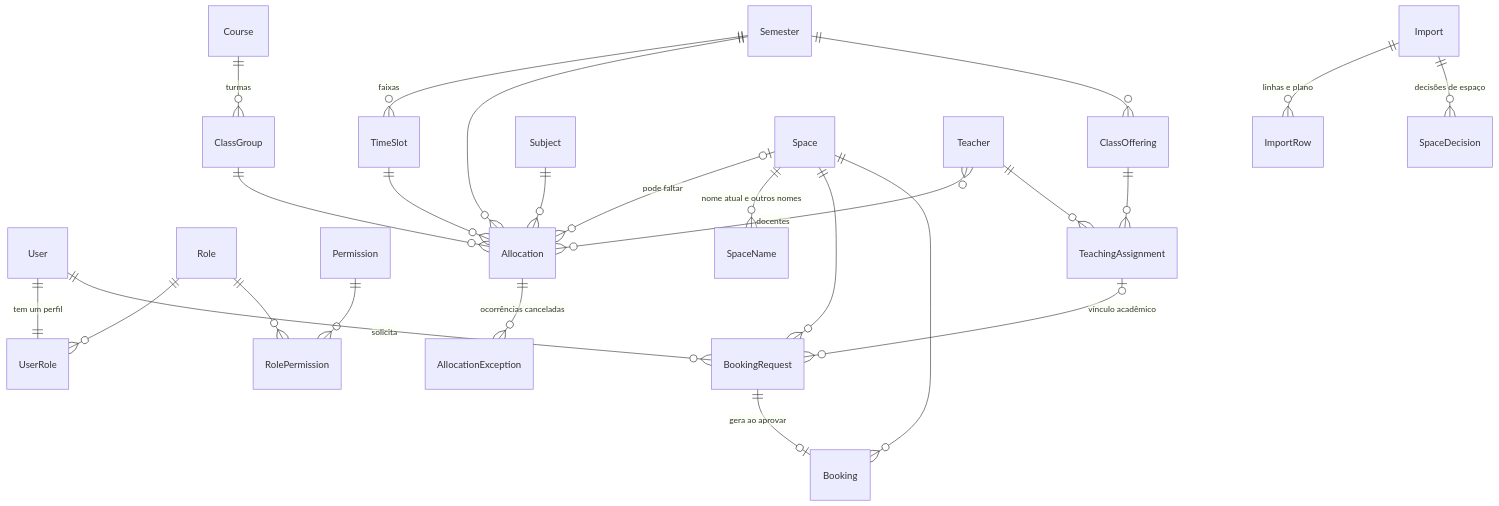
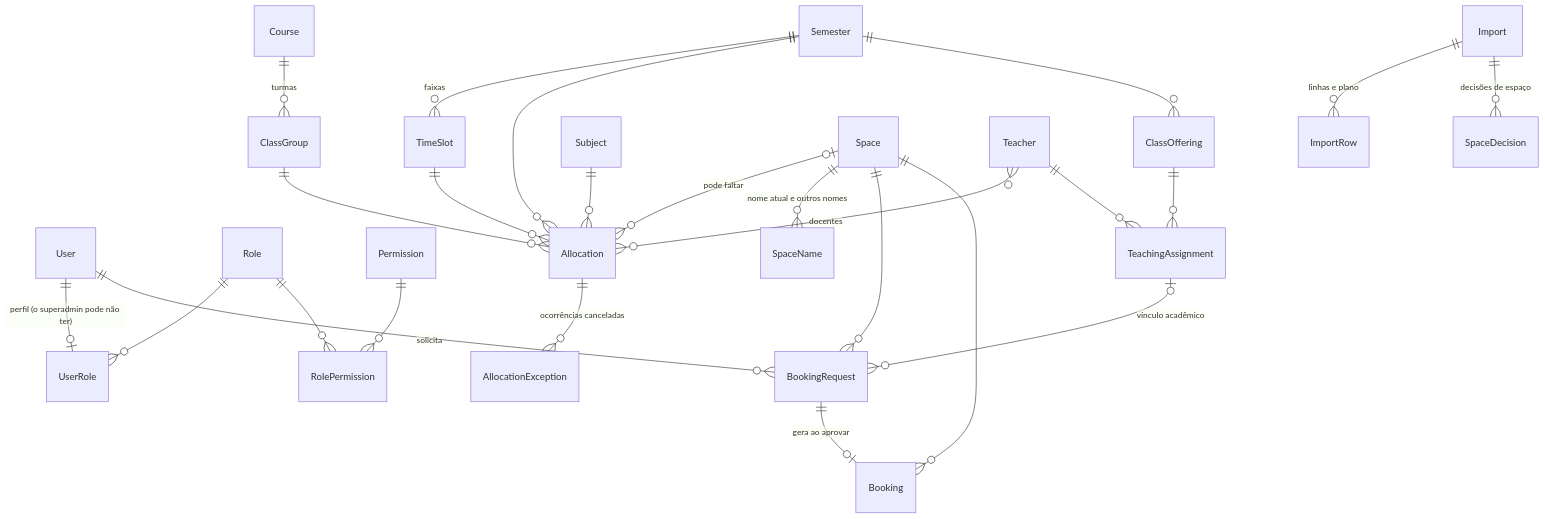
Before and after one commit to MuriloSG/TCC-Murilo-Goncalves: the diagram in docs/sistema/visao-geral.md, drawn with Mermaid. The commit also changed other lines of this file and 13 other files, not shown here.

````diff
--- a/docs/sistema/visao-geral.md
+++ b/docs/sistema/visao-geral.md
@@ -62,30 +62,30 @@
 ```mermaid
 erDiagram
-    User ||--|| UserRole : "tem um perfil"
+    User ||--o| UserRole : "perfil (o superadmin pode não ter)"
     Role ||--o{ UserRole : ""
     Role ||--o{ RolePermission : ""
     Permission ||--o{ RolePermission : ""
 
     Semester ||--o{ TimeSlot : "faixas"
     Semester ||--o{ Allocation : ""
     Semester ||--o{ ClassOffering : ""
     Course ||--o{ ClassGroup : "turmas"
     ClassGroup ||--o{ Allocation : ""
     Subject ||--o{ Allocation : ""
     TimeSlot ||--o{ Allocation : ""
     Space |o--o{ Allocation : "pode faltar"
     Teacher }o--o{ Allocation : "docentes"
     Allocation ||--o{ AllocationException : "ocorrências canceladas"
     Space ||--o{ SpaceName : "nome atual e outros nomes"
     ClassOffering ||--o{ TeachingAssignment : ""
     Teacher ||--o{ TeachingAssignment : ""
 
     User ||--o{ BookingRequest : "solicita"
     TeachingAssignment |o--o{ BookingRequest : "vínculo acadêmico"
     Space ||--o{ BookingRequest : ""
     BookingRequest ||--o| Booking : "gera ao aprovar"
     Space ||--o{ Booking : ""
 
     Import ||--o{ ImportRow : "linhas e plano"
     Import ||--o{ SpaceDecision : "decisões de espaço"
 ```
````
